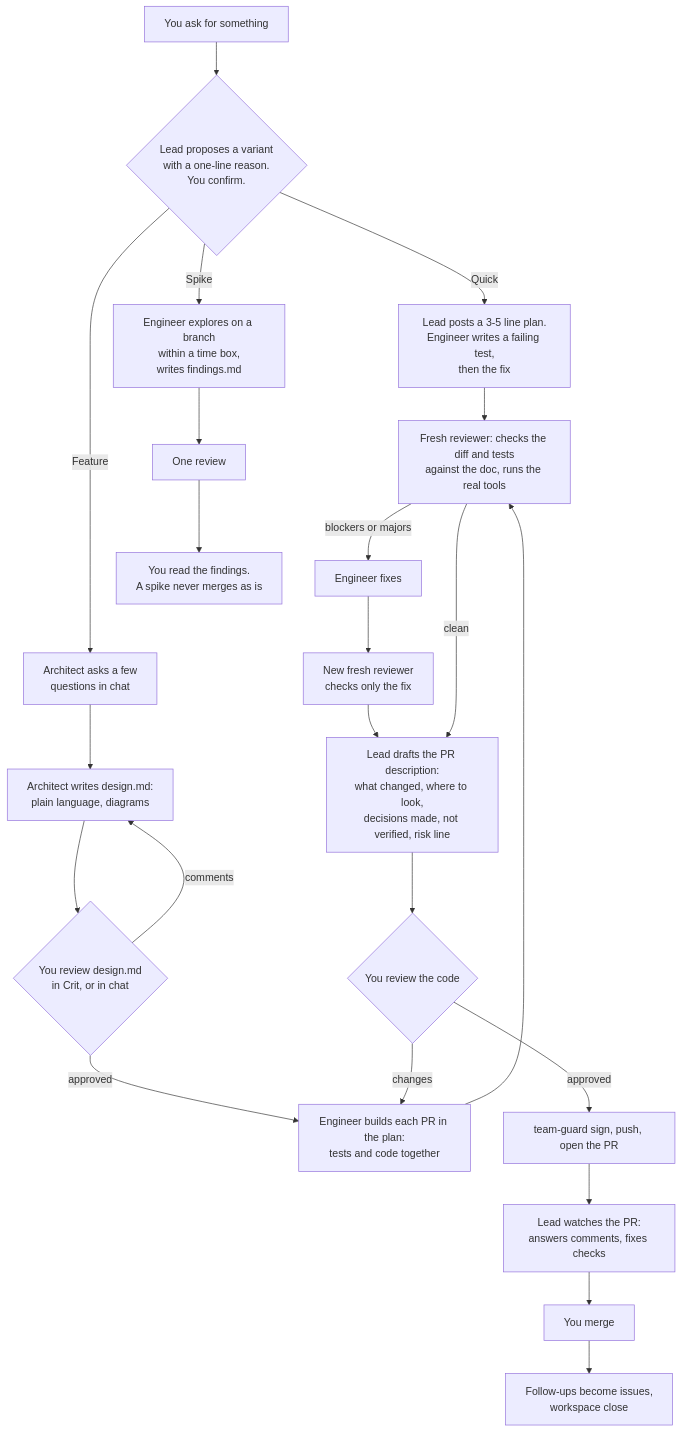
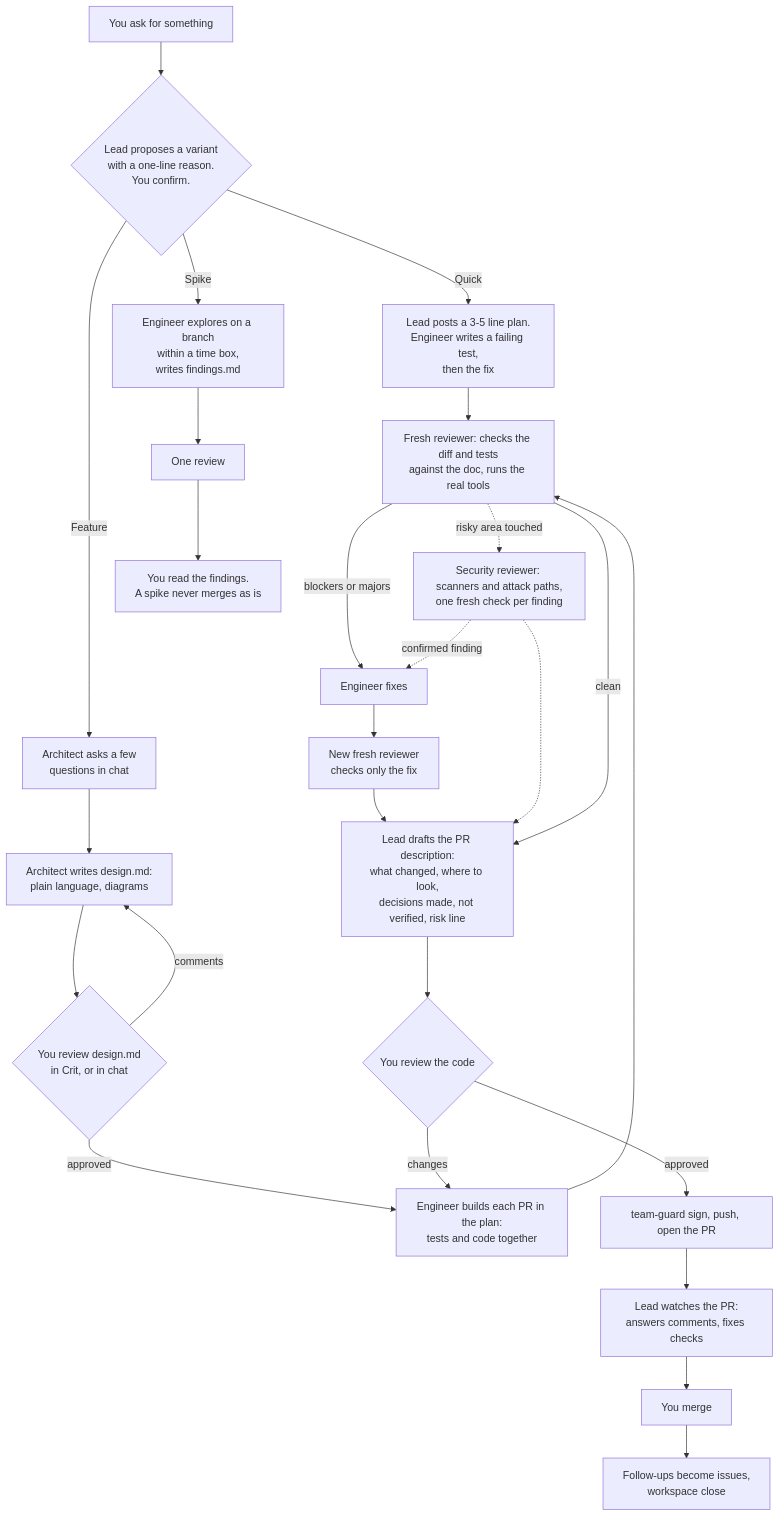
The diagram in docs/workflow.md (inf0rmer/agentic-workflow), drawn with Mermaid before and after one commit. The commit also changed other lines of this file and 83 other files, not shown here.

First line of the commit message:
Add a security reviewer for risky changes (#9)

````diff
--- a/docs/workflow.md
+++ b/docs/workflow.md
@@ -5,23 +5,26 @@
 ```mermaid
 flowchart TD
     A[You ask for something] --> B{Lead proposes a variant<br/>with a one-line reason.<br/>You confirm.}
     B -->|Quick| Q[Lead posts a 3-5 line plan.<br/>Engineer writes a failing test,<br/>then the fix]
     B -->|Spike| S[Engineer explores on a branch<br/>within a time box,<br/>writes findings.md]
     B -->|Feature| F1[Architect asks a few<br/>questions in chat]
     F1 --> F2[Architect writes design.md:<br/>plain language, diagrams]
     F2 --> F3{You review design.md<br/>in Crit, or in chat}
     F3 -->|comments| F2
     F3 -->|approved| F4[Engineer builds each PR in the plan:<br/>tests and code together]
     Q --> R
     F4 --> R[Fresh reviewer: checks the diff and tests<br/>against the doc, runs the real tools]
     R -->|blockers or majors| X[Engineer fixes] --> R2[New fresh reviewer<br/>checks only the fix]
     R2 --> P
+    R -.->|risky area touched| SEC[Security reviewer: scanners and attack paths,<br/>one fresh check per finding]
+    SEC -.->|confirmed finding| X
+    SEC -.-> P
     R -->|clean| P[Lead drafts the PR description:<br/>what changed, where to look,<br/>decisions made, not verified, risk line]
     S --> SR[One review] --> SH[You read the findings.<br/>A spike never merges as is]
     P --> H{You review the code}
     H -->|changes| F4
     H -->|approved| G[team-guard sign, push, open the PR]
     G --> W[Lead watches the PR:<br/>answers comments, fixes checks]
     W --> M[You merge]
     M --> C[Follow-ups become issues,<br/>workspace close]
 ```
````
